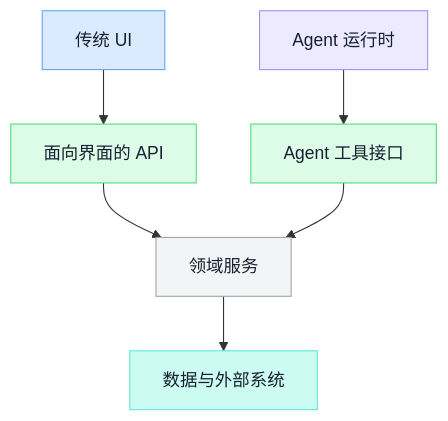
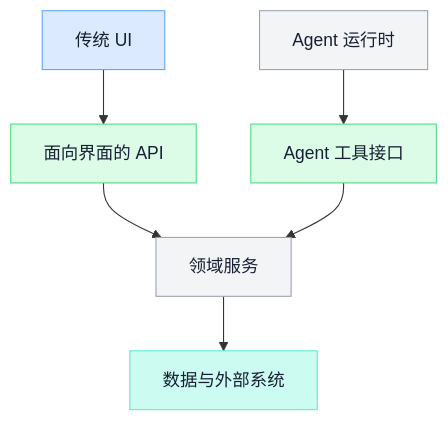
The fifth of 5 diagrams in backend/app/ai_notes/content/02-agent-architecture/01-enterprise-agent-system-architecture.md (ink-hz/AI-Agent-Platform), drawn with Mermaid before and after one commit. The commit also changed 5 other files, not shown here.

Commit message:
docs: finalize AI notes diagram quality

````diff
--- a/backend/app/ai_notes/content/02-agent-architecture/01-enterprise-agent-system-architecture.md
+++ b/backend/app/ai_notes/content/02-agent-architecture/01-enterprise-agent-system-architecture.md
@@ -471,19 +471,18 @@
 ```mermaid
 flowchart TB
     UI[传统 UI] --> API[面向界面的 API]
     A[Agent 运行时] --> AT[Agent 工具接口]
     API --> D[领域服务]
     AT --> D
     D --> DB[数据与外部系统]
 
     classDef input fill:#DBEAFE,stroke:#60A5FA,color:#172033;
-    classDef model fill:#EDE9FE,stroke:#A78BFA,color:#172033;
     classDef data fill:#CCFBF1,stroke:#5EEAD4,color:#172033;
     classDef tool fill:#DCFCE7,stroke:#4ADE80,color:#172033;
     classDef infra fill:#F3F4F6,stroke:#9CA3AF,color:#172033;
     class UI input;
-    class A model;
+    class A infra;
     class API,AT tool;
     class D infra;
     class DB data;
 ```
````
